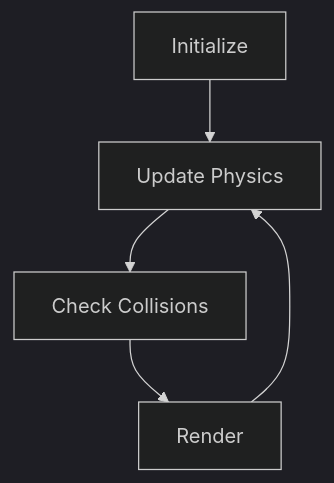
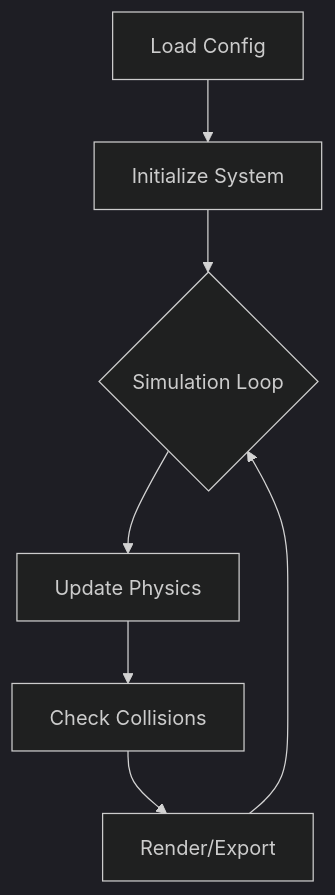
Before and after one commit to benbrandt14/BallSim: the diagram in README.md, drawn with Mermaid (dark theme). The commit also changed other lines of this file and 2 other files, not shown here.

Commit message:
Update documentation for status, consistency, and 3D support (#39)

````diff
--- a/README.md
+++ b/README.md
@@ -8,7 +8,9 @@
 ```mermaid
 graph TD
-    A[Initialize] --> B[Update Physics]
-    B --> C[Check Collisions]
-    C --> D[Render]
-    D --> B
+    Config[Load Config] --> Init[Initialize System]
+    Init --> Loop{Simulation Loop}
+    Loop --> Physics[Update Physics]
+    Physics --> Collisions[Check Collisions]
+    Collisions --> Render[Render/Export]
+    Render --> Loop
 ```
````
